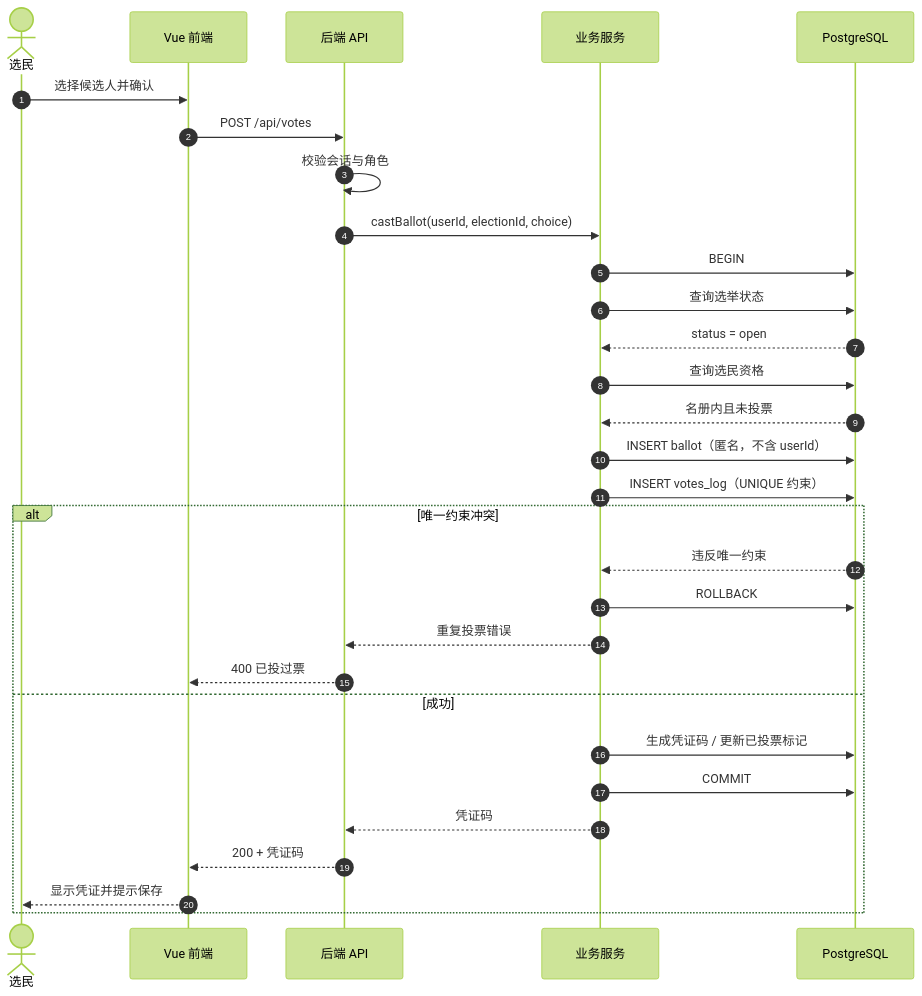
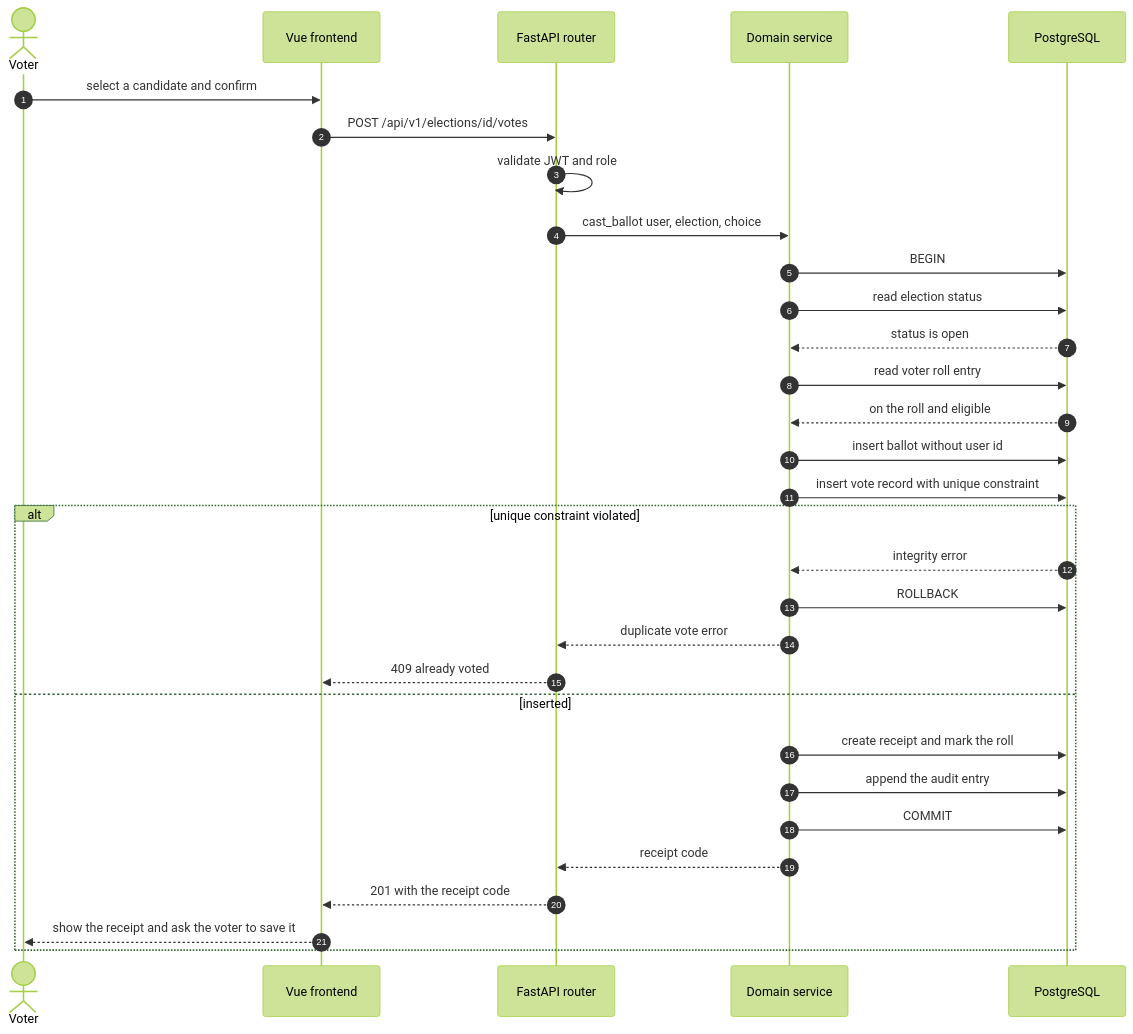
The fourth of 6 diagrams in docs/01-project-plan.md (David-echo/COMP3500_group_project), drawn with Mermaid (forest theme) before and after one commit. The commit also changed other lines of this file and 82 other files, not shown here.

First line of the commit message:
docs: translate the repository to English and re-render all diagrams

````diff
--- a/docs/01-project-plan.md
+++ b/docs/01-project-plan.md
@@ -120,33 +118,34 @@
 ```mermaid
 sequenceDiagram
     autonumber
-    actor V as 选民
-    participant FE as Vue 前端
-    participant API as 后端 API
-    participant SV as 业务服务
+    actor V as Voter
+    participant FE as Vue frontend
+    participant API as FastAPI router
+    participant SV as Domain service
     participant DB as PostgreSQL
 
-    V->>FE: 选择候选人并确认
-    FE->>API: POST /api/votes
-    API->>API: 校验会话与角色
-    API->>SV: castBallot(userId, electionId, choice)
+    V->>FE: select a candidate and confirm
+    FE->>API: POST /api/v1/elections/id/votes
+    API->>API: validate JWT and role
+    API->>SV: cast_ballot user, election, choice
     SV->>DB: BEGIN
-    SV->>DB: 查询选举状态
-    DB-->>SV: status = open
-    SV->>DB: 查询选民资格
-    DB-->>SV: 名册内且未投票
-    SV->>DB: INSERT ballot（匿名，不含 userId）
-    SV->>DB: INSERT votes_log（UNIQUE 约束）
-    alt 唯一约束冲突
-        DB-->>SV: 违反唯一约束
+    SV->>DB: read election status
+    DB-->>SV: status is open
+    SV->>DB: read voter roll entry
+    DB-->>SV: on the roll and eligible
+    SV->>DB: insert ballot without user id
+    SV->>DB: insert vote record with unique constraint
+    alt unique constraint violated
+        DB-->>SV: integrity error
         SV->>DB: ROLLBACK
-        SV-->>API: 重复投票错误
-        API-->>FE: 400 已投过票
-    else 成功
-        SV->>DB: 生成凭证码 / 更新已投票标记
+        SV-->>API: duplicate vote error
+        API-->>FE: 409 already voted
+    else inserted
+        SV->>DB: create receipt and mark the roll
+        SV->>DB: append the audit entry
         SV->>DB: COMMIT
-        SV-->>API: 凭证码
-        API-->>FE: 200 + 凭证码
-        FE-->>V: 显示凭证并提示保存
+        SV-->>API: receipt code
+        API-->>FE: 201 with the receipt code
+        FE-->>V: show the receipt and ask the voter to save it
     end
 ```
````
